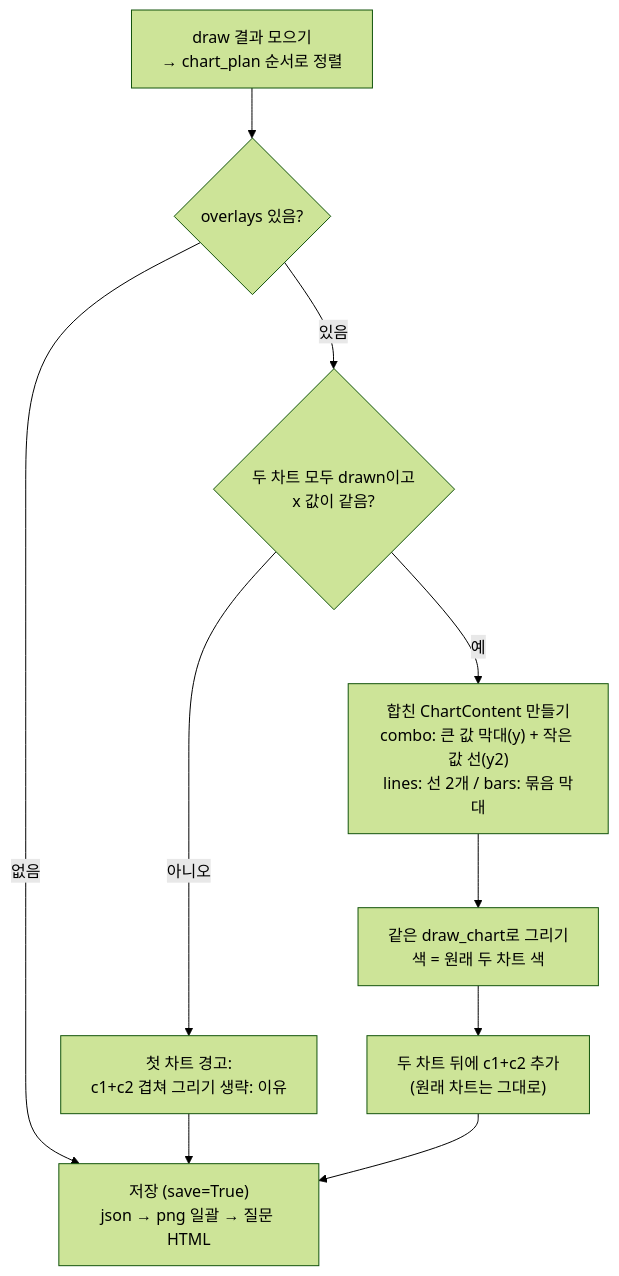
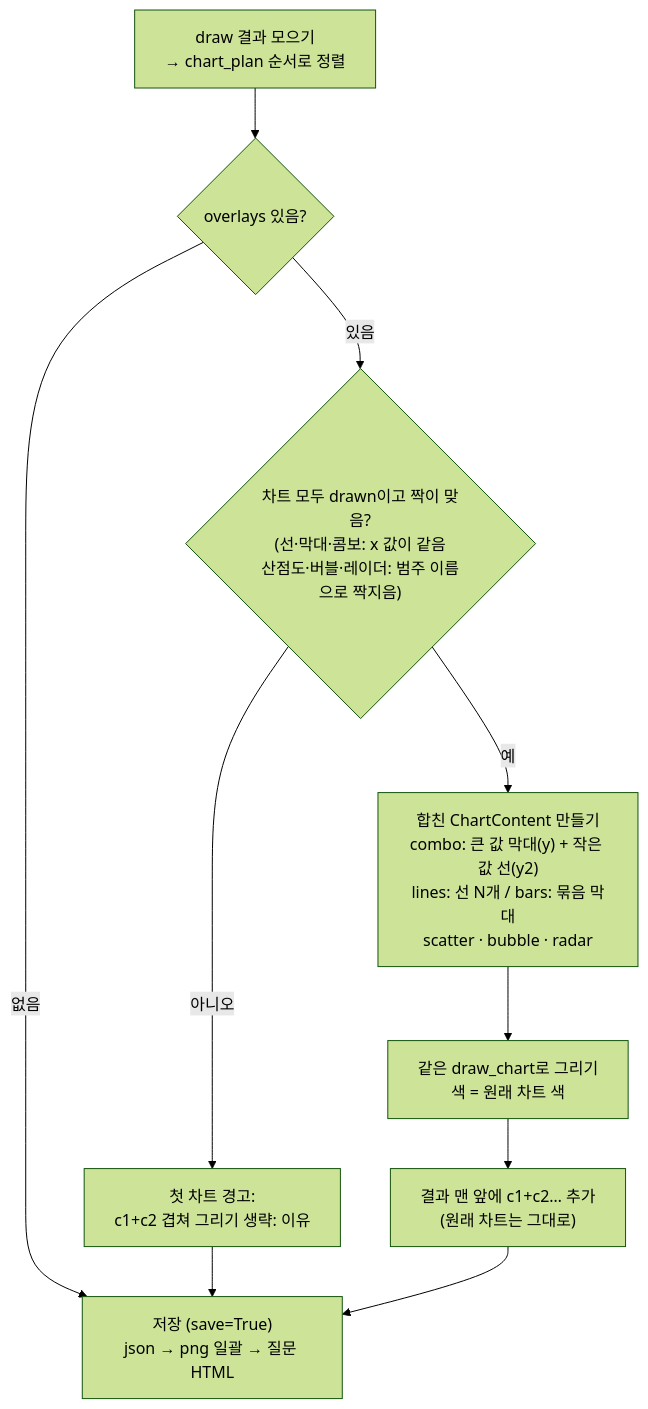
The ninth of 9 diagrams in backend/agent/draw_chart/module5_draw_chart.md (T4-Core/t4core-stat-agent), drawn with Mermaid (forest theme) before and after one commit. The commit also changed other lines of this file and 12 other files, not shown here.

````diff
--- a/backend/agent/draw_chart/module5_draw_chart.md
+++ b/backend/agent/draw_chart/module5_draw_chart.md
@@ -393,12 +393,12 @@
 ```mermaid
 flowchart TD
     A["draw 결과 모으기<br/>→ chart_plan 순서로 정렬"] --> O{"overlays 있음?"}
     O -->|없음| S
-    O -->|있음| C{"두 차트 모두 drawn이고<br/>x 값이 같음?"}
+    O -->|있음| C{"차트 모두 drawn이고 짝이 맞음?<br/>(선·막대·콤보: x 값이 같음<br/>산점도·버블·레이더: 범주 이름으로 짝지음)"}
     C -->|아니오| W["첫 차트 경고:<br/>c1+c2 겹쳐 그리기 생략: 이유"]
-    C -->|예| M["합친 ChartContent 만들기<br/>combo: 큰 값 막대(y) + 작은 값 선(y2)<br/>lines: 선 2개 / bars: 묶음 막대"]
-    M --> D["같은 draw_chart로 그리기<br/>색 = 원래 두 차트 색"]
-    D --> I["두 차트 뒤에 c1+c2 추가<br/>(원래 차트는 그대로)"]
+    C -->|예| M["합친 ChartContent 만들기<br/>combo: 큰 값 막대(y) + 작은 값 선(y2)<br/>lines: 선 N개 / bars: 묶음 막대<br/>scatter · bubble · radar"]
+    M --> D["같은 draw_chart로 그리기<br/>색 = 원래 차트 색"]
+    D --> I["결과 맨 앞에 c1+c2… 추가<br/>(원래 차트는 그대로)"]
     W --> S
     I --> S["저장 (save=True)<br/>json → png 일괄 → 질문 HTML"]
 ```
````
